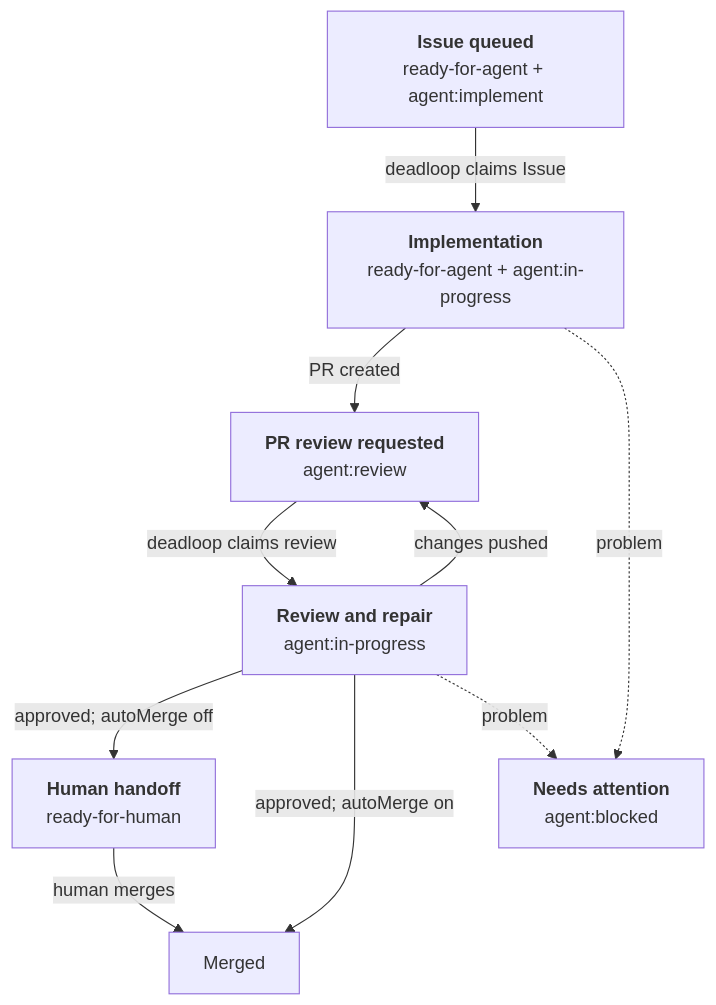
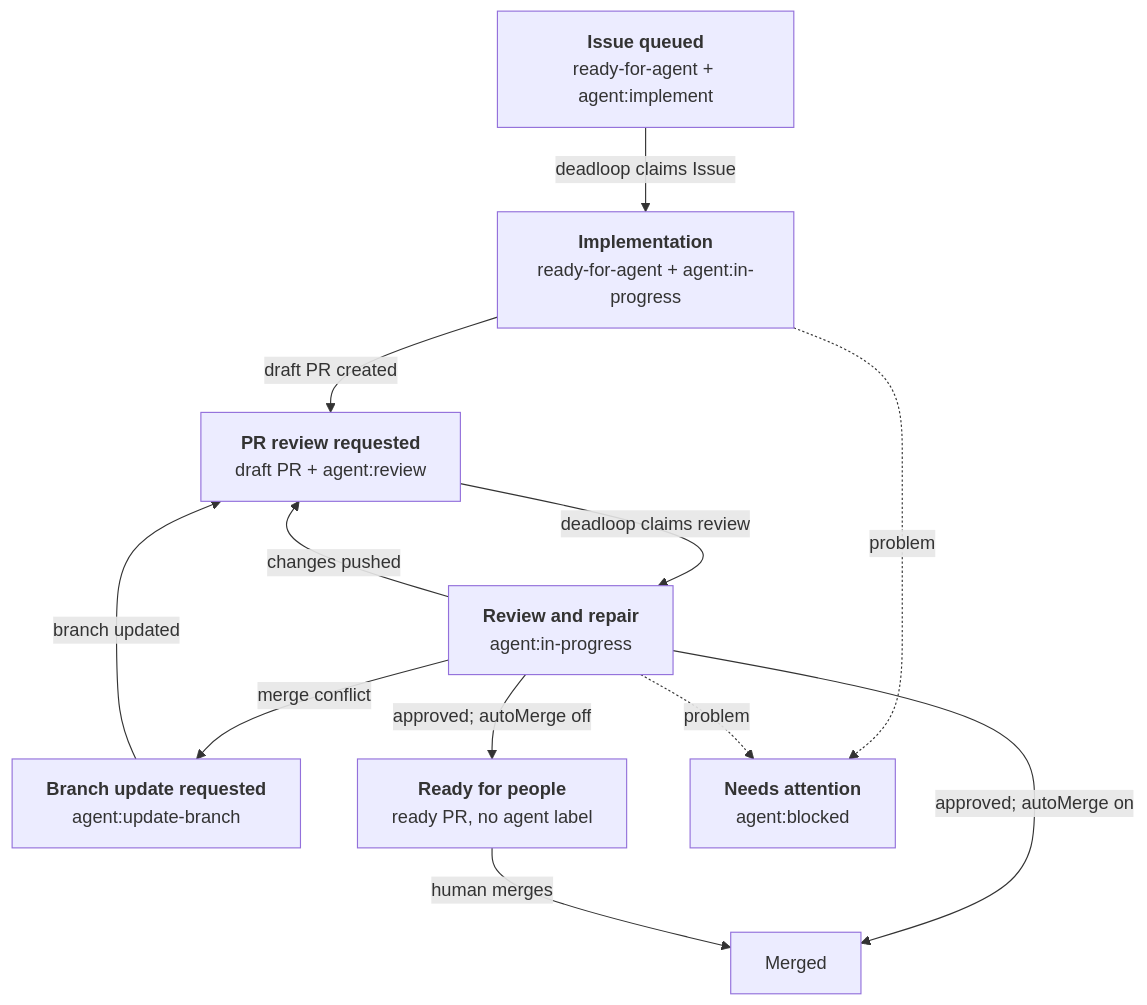
The diagram in README.md (yasuhito/deadloop), drawn with Mermaid before and after one commit. The commit also changed other lines of this file and 9 other files, not shown here.

````diff
--- a/README.md
+++ b/README.md
@@ -55,26 +55,30 @@
 ```mermaid
 flowchart TD
     I["`**Issue queued**
     ready-for-agent + agent:implement`"]
     W["`**Implementation**
     ready-for-agent + agent:in-progress`"]
     R["`**PR review requested**
-    agent:review`"]
+    draft PR + agent:review`"]
     V["`**Review and repair**
     agent:in-progress`"]
-    H["`**Human handoff**
-    ready-for-human`"]
+    U["`**Branch update requested**
+    agent:update-branch`"]
+    H["`**Ready for people**
+    ready PR, no agent label`"]
     M["Merged"]
     B["`**Needs attention**
     agent:blocked`"]
 
     I -->|deadloop claims Issue| W
-    W -->|PR created| R
+    W -->|draft PR created| R
     R -->|deadloop claims review| V
     V -->|changes pushed| R
+    V -->|merge conflict| U
+    U -->|branch updated| R
     V -->|approved; autoMerge off| H
     V -->|approved; autoMerge on| M
     H -->|human merges| M
     W -. problem .-> B
     V -. problem .-> B
 ```
````
